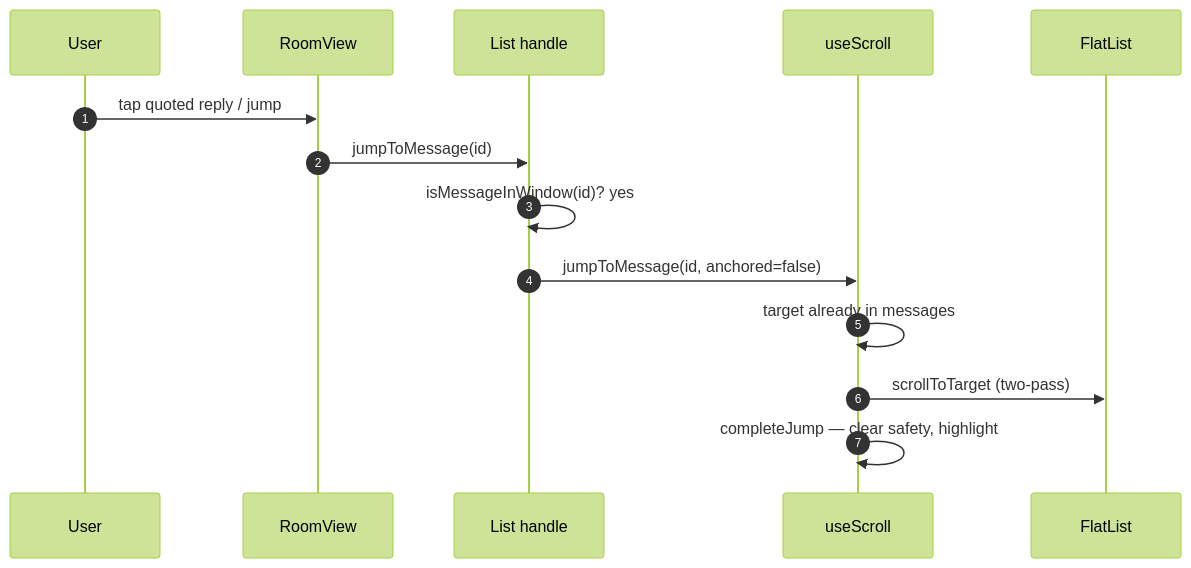
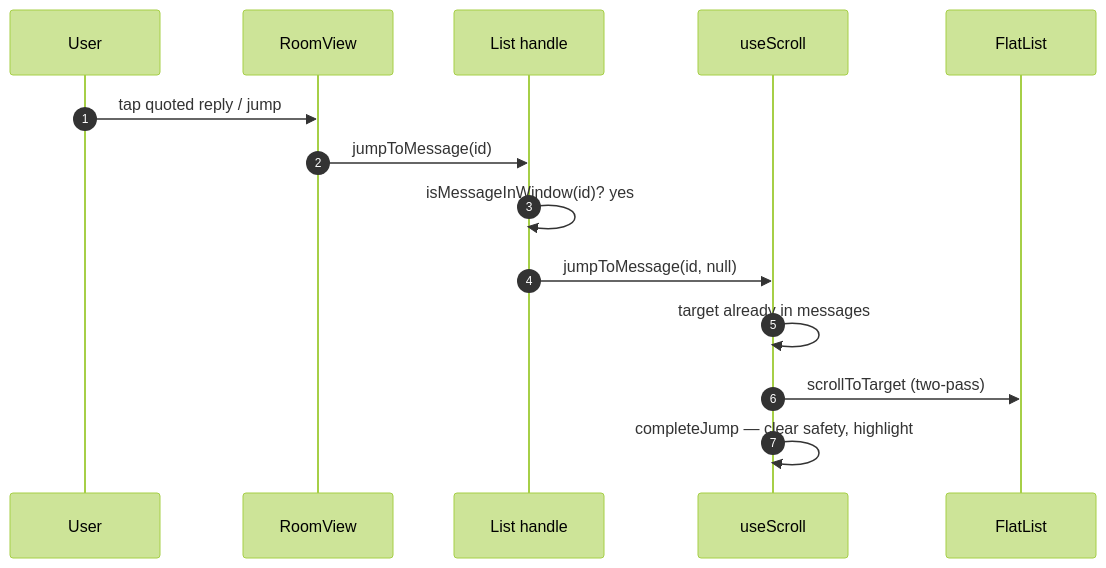
The first of 7 diagrams in app/views/RoomView/docs/FLOWS.md (RocketChat/Rocket.Chat.ReactNative), drawn with Mermaid (forest theme) before and after one commit. The commit also changed other lines of this file and 7 other files, not shown here.

````diff
--- a/app/views/RoomView/docs/FLOWS.md
+++ b/app/views/RoomView/docs/FLOWS.md
@@ -11,17 +11,17 @@
 ```mermaid
 sequenceDiagram
     autonumber
     participant User
     participant RV as RoomView
     participant List as List handle
     participant Scroll as useScroll
     participant FlatList
 
     User->>RV: tap quoted reply / jump
     RV->>List: jumpToMessage(id)
     List->>List: isMessageInWindow(id)? yes
-    List->>Scroll: jumpToMessage(id, anchored=false)
+    List->>Scroll: jumpToMessage(id, null)
     Scroll->>Scroll: target already in messages
     Scroll->>FlatList: scrollToTarget (two-pass)
     Scroll->>Scroll: completeJump — clear safety, highlight
 ```
````
